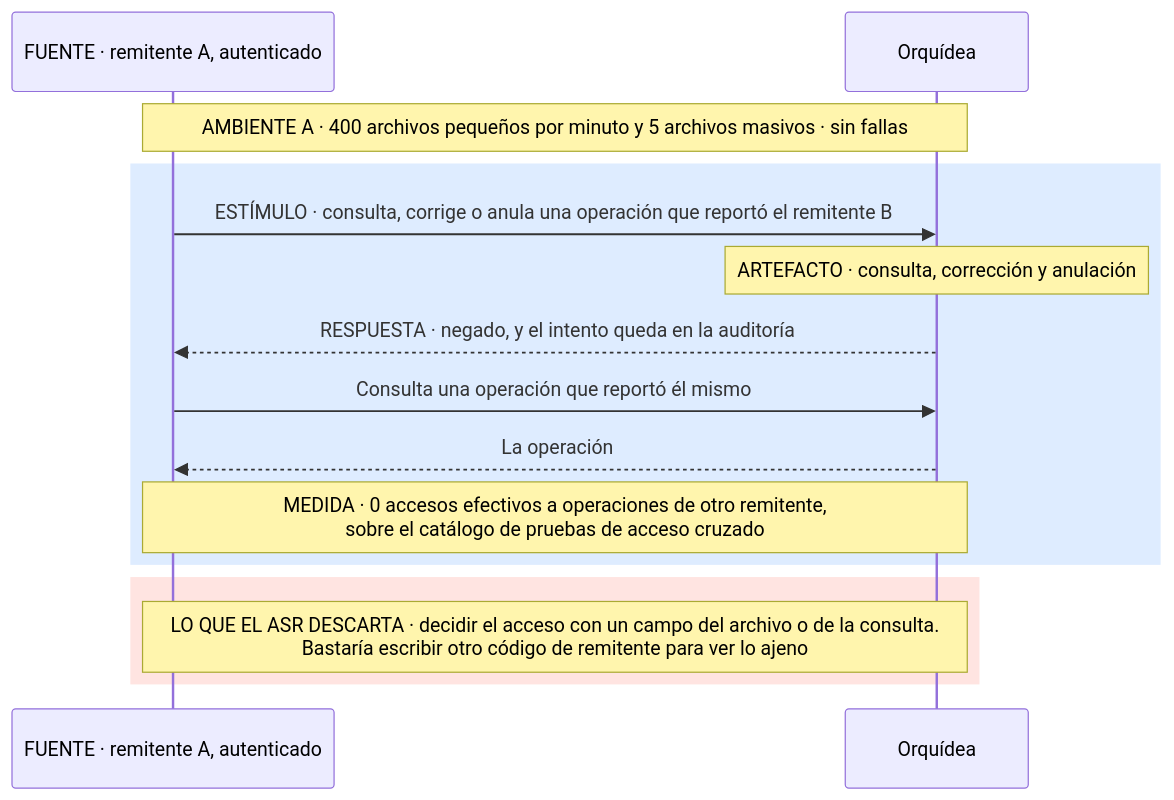
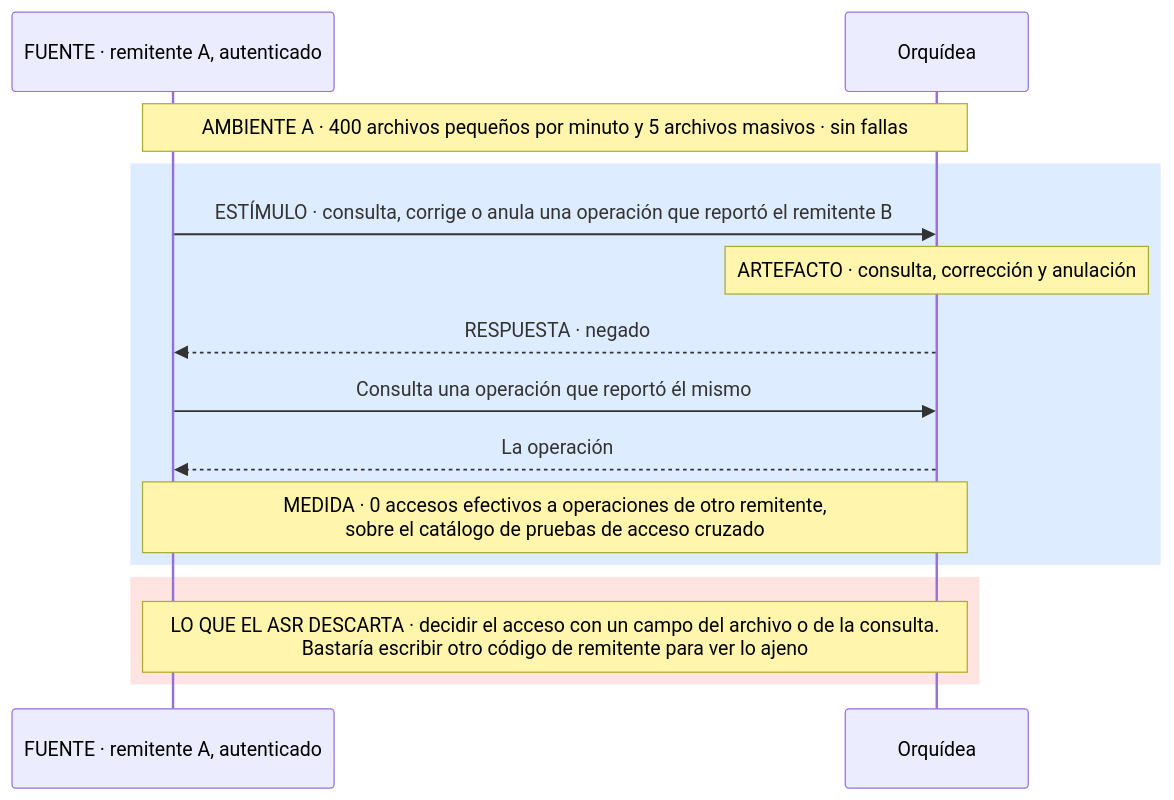
Before and after one commit to MATI-MBIT/arqsoft-reto-4: the tenth of 17 diagrams in docs/quality-attributes.md, drawn with Mermaid. The commit also changed other lines of this file and 1 other file, not shown here.

````diff
--- a/docs/quality-attributes.md
+++ b/docs/quality-attributes.md
@@ -503,17 +503,17 @@
 ```mermaid
 sequenceDiagram
     participant A as FUENTE · remitente A, autenticado
     participant O as Orquídea
     Note over A,O: AMBIENTE A · 400 archivos pequeños por minuto y 5 archivos masivos · sin fallas
     rect rgb(222, 236, 255)
     A->>O: ESTÍMULO · consulta, corrige o anula una operación que reportó el remitente B
     Note over O: ARTEFACTO · consulta, corrección y anulación
-    O-->>A: RESPUESTA · negado, y el intento queda en la auditoría
+    O-->>A: RESPUESTA · negado
     A->>O: Consulta una operación que reportó él mismo
     O-->>A: La operación
     Note over A,O: MEDIDA · 0 accesos efectivos a operaciones de otro remitente,<br/>sobre el catálogo de pruebas de acceso cruzado
     end
     rect rgb(255, 228, 225)
     Note over A,O: LO QUE EL ASR DESCARTA · decidir el acceso con un campo del archivo o de la consulta.<br/>Bastaría escribir otro código de remitente para ver lo ajeno
     end
 ```
````
